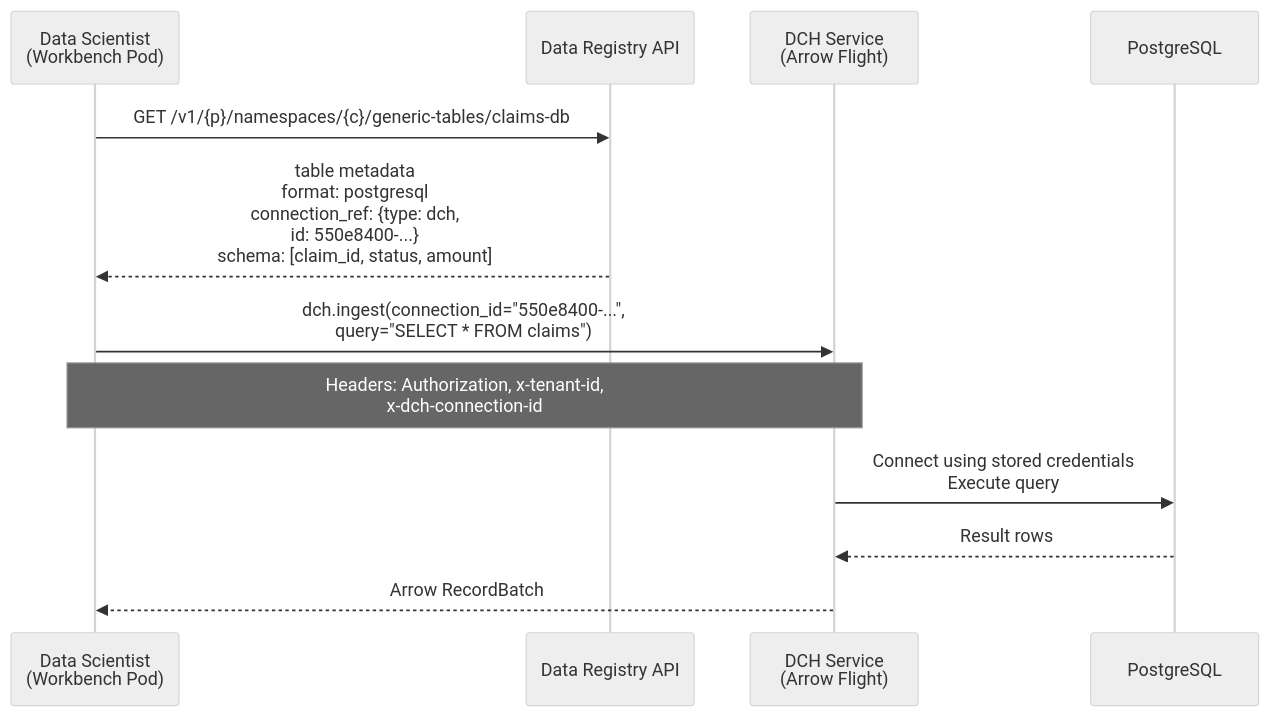
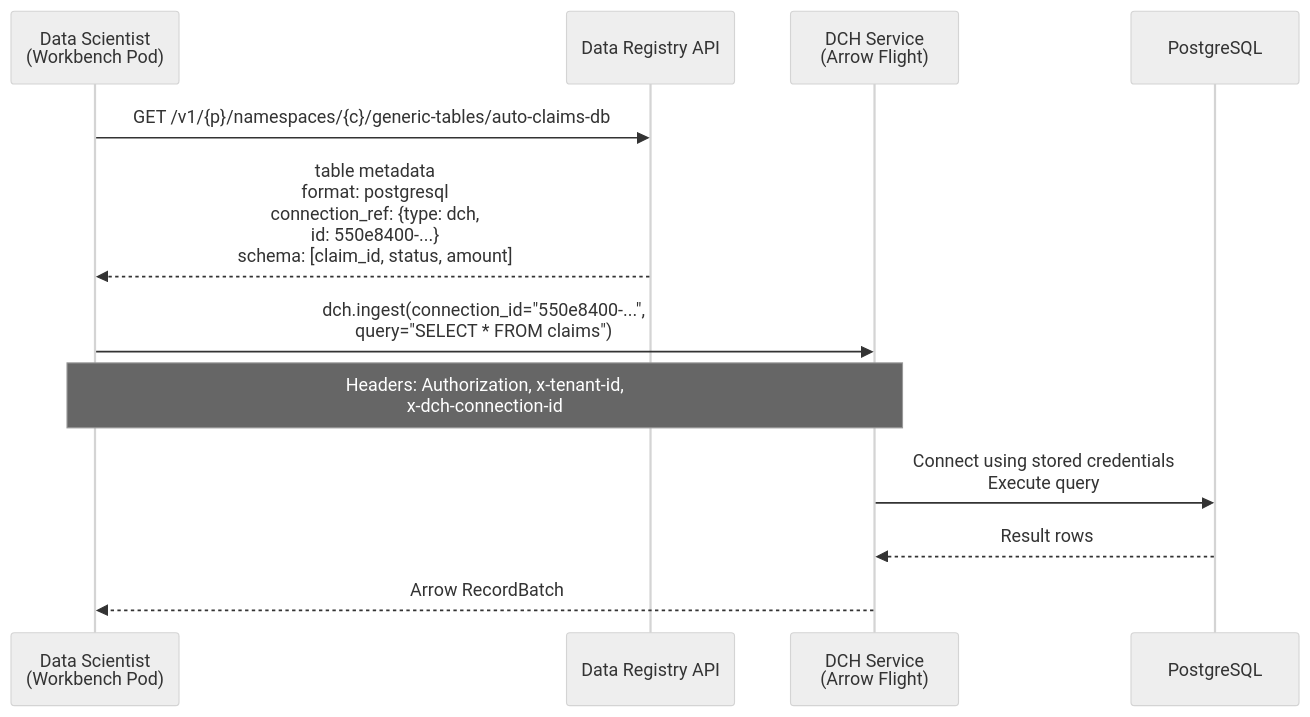
One commit to opendatahub-io/architecture-decision-records changed the third of 4 diagrams in architecture-decision-records/data-registry/ODH-ADR-DR-0002-data-registry-dch-integration.md. Above: the diagram before and after it, drawn with Mermaid (neutral theme). The commit also changed other lines of this file, not shown here.

````diff
--- a/architecture-decision-records/data-registry/ODH-ADR-DR-0002-data-registry-dch-integration.md
+++ b/architecture-decision-records/data-registry/ODH-ADR-DR-0002-data-registry-dch-integration.md
@@ -122,17 +145,17 @@
 ```mermaid
 sequenceDiagram
     participant User as Data Scientist<br/>(Workbench Pod)
     participant DR as Data Registry API
     participant DCH as DCH Service<br/>(Arrow Flight)
     participant PG as PostgreSQL
 
-    User->>DR: GET /v1/{p}/namespaces/{c}/generic-tables/claims-db
+    User->>DR: GET /v1/{p}/namespaces/{c}/generic-tables/auto-claims-db
     DR-->>User: table metadata<br/>format: postgresql<br/>connection_ref: {type: dch,<br/>id: 550e8400-...}<br/>schema: [claim_id, status, amount]
 
     User->>DCH: dch.ingest(connection_id="550e8400-...",<br/>query="SELECT * FROM claims")
     Note over User,DCH: Headers: Authorization, x-tenant-id,<br/>x-dch-connection-id
 
     DCH->>PG: Connect using stored credentials<br/>Execute query
     PG-->>DCH: Result rows
     DCH-->>User: Arrow RecordBatch
 ```
````
